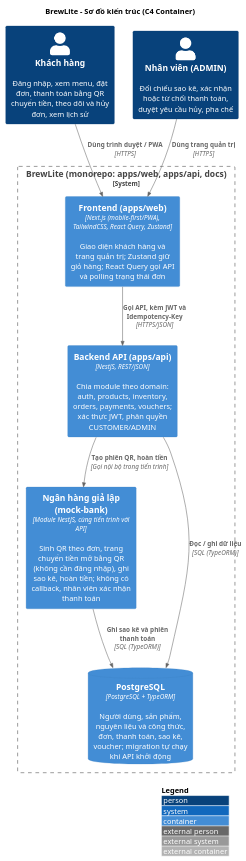
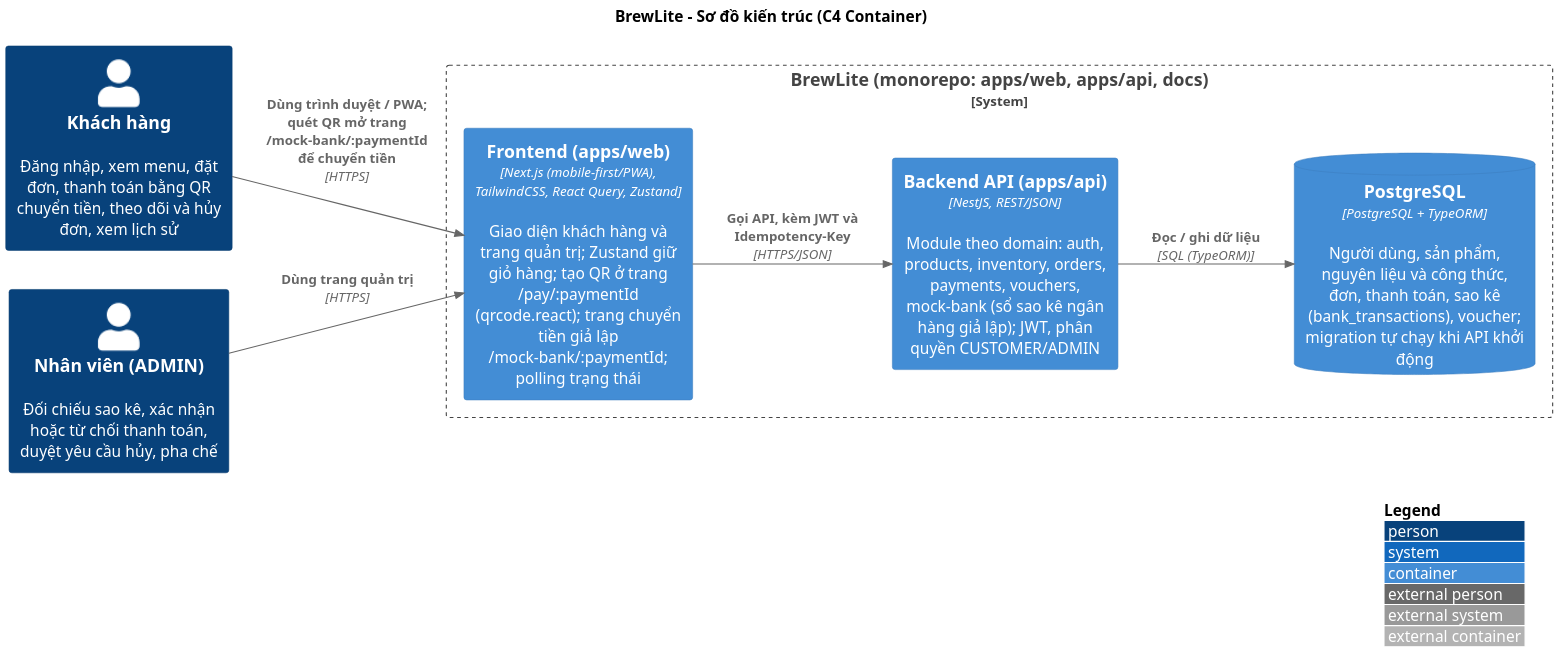
Before and after one commit to nhom6cnpm/brewlite-a2: the diagram in docs/diagrams/architecture-c4.puml, drawn with PlantUML. The commit also changed 12 other files, not shown here.

Commit message:
docs(architecture): fix task 3.1 per review

```diff
--- a/docs/diagrams/architecture-c4.puml
+++ b/docs/diagrams/architecture-c4.puml
@@ -1,24 +1,23 @@
 @startuml architecture-c4
 !include <C4/C4_Container>
 
+LAYOUT_LEFT_RIGHT()
 LAYOUT_WITH_LEGEND()
+skinparam dpi 200
 
 title BrewLite – Sơ đồ kiến trúc (C4 Container)
 
 Person(customer, "Khách hàng", "Đăng nhập, xem menu, đặt đơn, thanh toán bằng QR chuyển tiền, theo dõi và hủy đơn, xem lịch sử")
 Person(staff, "Nhân viên (ADMIN)", "Đối chiếu sao kê, xác nhận hoặc từ chối thanh toán, duyệt yêu cầu hủy, pha chế")
 
 System_Boundary(brewlite, "BrewLite (monorepo: apps/web, apps/api, docs)") {
-  Container(web, "Frontend (apps/web)", "Next.js (mobile-first/PWA), TailwindCSS, React Query, Zustand", "Giao diện khách hàng và trang quản trị; Zustand giữ giỏ hàng; React Query gọi API và polling trạng thái đơn")
-  Container(api, "Backend API (apps/api)", "NestJS, REST/JSON", "Chia module theo domain: auth, products, inventory, orders, payments, vouchers; xác thực JWT, phân quyền CUSTOMER/ADMIN")
-  Container(mockbank, "Ngân hàng giả lập (mock-bank)", "Module NestJS, cùng tiến trình với API", "Sinh QR theo đơn, trang chuyển tiền mở bằng QR (không cần đăng nhập), ghi sao kê, hoàn tiền; không có callback, nhân viên xác nhận thanh toán")
-  ContainerDb(db, "PostgreSQL", "PostgreSQL + TypeORM", "Người dùng, sản phẩm, nguyên liệu và công thức, đơn, thanh toán, sao kê, voucher; migration tự chạy khi API khởi động")
+  Container(web, "Frontend (apps/web)", "Next.js (mobile-first/PWA), TailwindCSS, React Query, Zustand", "Giao diện khách hàng và trang quản trị; Zustand giữ giỏ hàng; tạo QR ở trang /pay/:paymentId (qrcode.react); trang chuyển tiền giả lập /mock-bank/:paymentId; polling trạng thái")
+  Container(api, "Backend API (apps/api)", "NestJS, REST/JSON", "Module theo domain: auth, products, inventory, orders, payments, vouchers, mock-bank (sổ sao kê ngân hàng giả lập); JWT, phân quyền CUSTOMER/ADMIN")
+  ContainerDb(db, "PostgreSQL", "PostgreSQL + TypeORM", "Người dùng, sản phẩm, nguyên liệu và công thức, đơn, thanh toán, sao kê (bank_transactions), voucher; migration tự chạy khi API khởi động")
 }
 
-Rel(customer, web, "Dùng trình duyệt / PWA", "HTTPS")
+Rel(customer, web, "Dùng trình duyệt / PWA; quét QR mở trang /mock-bank/:paymentId để chuyển tiền", "HTTPS")
 Rel(staff, web, "Dùng trang quản trị", "HTTPS")
 Rel(web, api, "Gọi API, kèm JWT và Idempotency-Key", "HTTPS/JSON")
-Rel(api, mockbank, "Tạo phiên QR, hoàn tiền", "Gọi nội bộ trong tiến trình")
 Rel(api, db, "Đọc / ghi dữ liệu", "SQL (TypeORM)")
-Rel(mockbank, db, "Ghi sao kê và phiên thanh toán", "SQL (TypeORM)")
 @enduml
```
